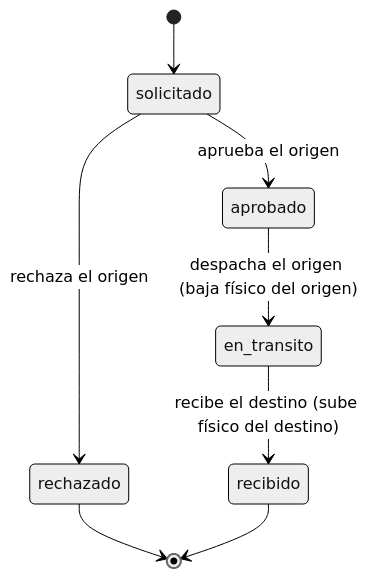
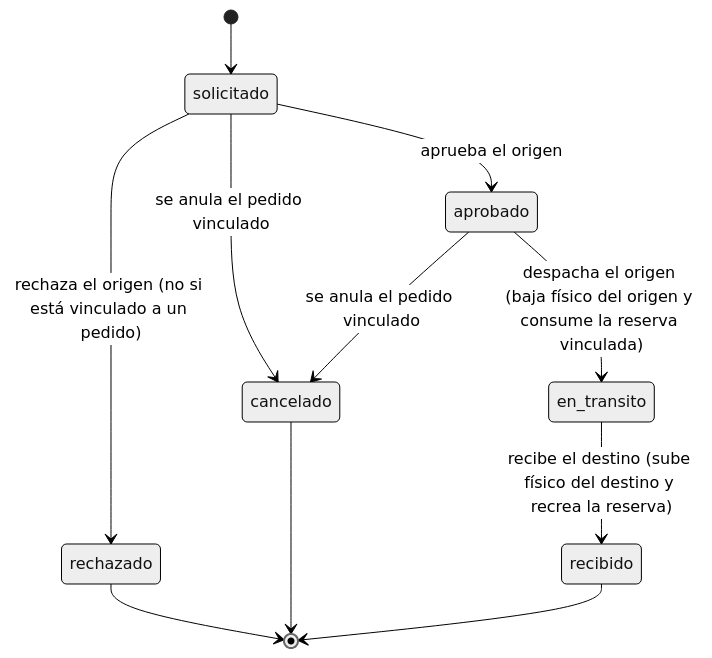
One commit to P35C4D0R4B1050/BabelHub changed the second of 3 diagrams in docs/03-diseno-de-software/06-estados-y-concurrencia.md. Above: the diagram before and after it, drawn with Mermaid (neutral theme). The commit also changed other lines of this file and 29 other files, not shown here.

First line of the commit message:
docs: align analysis, architecture, design, security and UX docs with the specs

````diff
--- a/docs/03-diseno-de-software/06-estados-y-concurrencia.md
+++ b/docs/03-diseno-de-software/06-estados-y-concurrencia.md
@@ -25,10 +25,13 @@
 ```mermaid
 stateDiagram-v2
 [*] --> solicitado
 solicitado --> aprobado : aprueba el origen
-solicitado --> rechazado : rechaza el origen
-aprobado --> en_transito : despacha el origen (baja físico del origen)
-en_transito --> recibido : recibe el destino (sube físico del destino)
+solicitado --> rechazado : rechaza el origen (no si está vinculado a un pedido)
+solicitado --> cancelado : se anula el pedido vinculado
+aprobado --> cancelado : se anula el pedido vinculado
+aprobado --> en_transito : despacha el origen (baja físico del origen y consume la reserva vinculada)
+en_transito --> recibido : recibe el destino (sube físico del destino y recrea la reserva)
 rechazado --> [*]
+cancelado --> [*]
 recibido --> [*]
 ```
````
